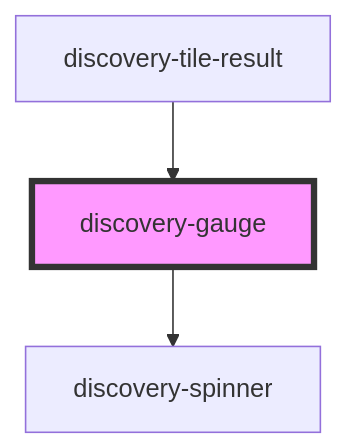
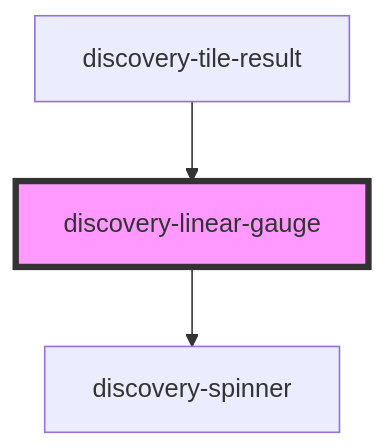
One commit to senx/discovery-widgets changed the diagram in src/components/discovery-linear-gauge/readme.md. Above: the diagram before and after it, drawn with Mermaid. The commit also changed other lines of this file and 18 other files, not shown here.

````diff
--- a/src/components/discovery-linear-gauge/readme.md
+++ b/src/components/discovery-linear-gauge/readme.md
@@ -39,6 +39,6 @@
 ```mermaid
 graph TD;
-  discovery-gauge --> discovery-spinner
-  discovery-tile-result --> discovery-gauge
-  style discovery-gauge fill:#f9f,stroke:#333,stroke-width:4px
+  discovery-linear-gauge --> discovery-spinner
+  discovery-tile-result --> discovery-linear-gauge
+  style discovery-linear-gauge fill:#f9f,stroke:#333,stroke-width:4px
 ```
````
